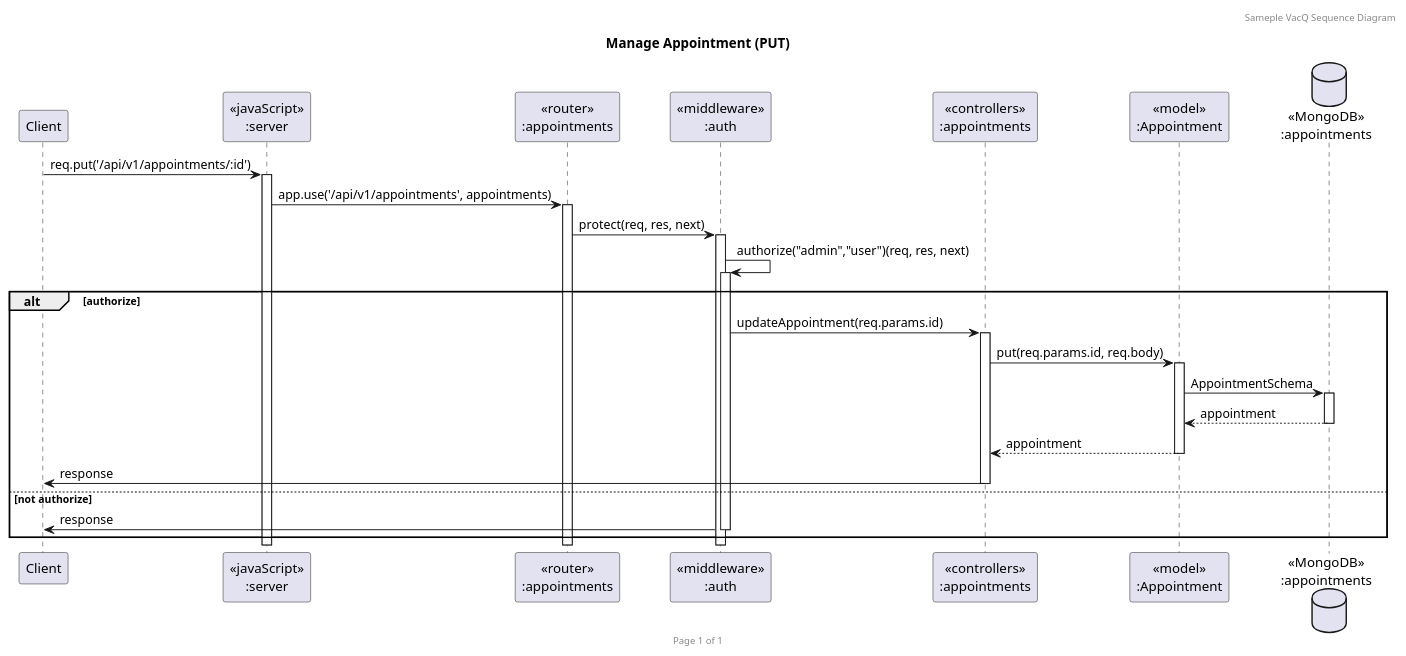
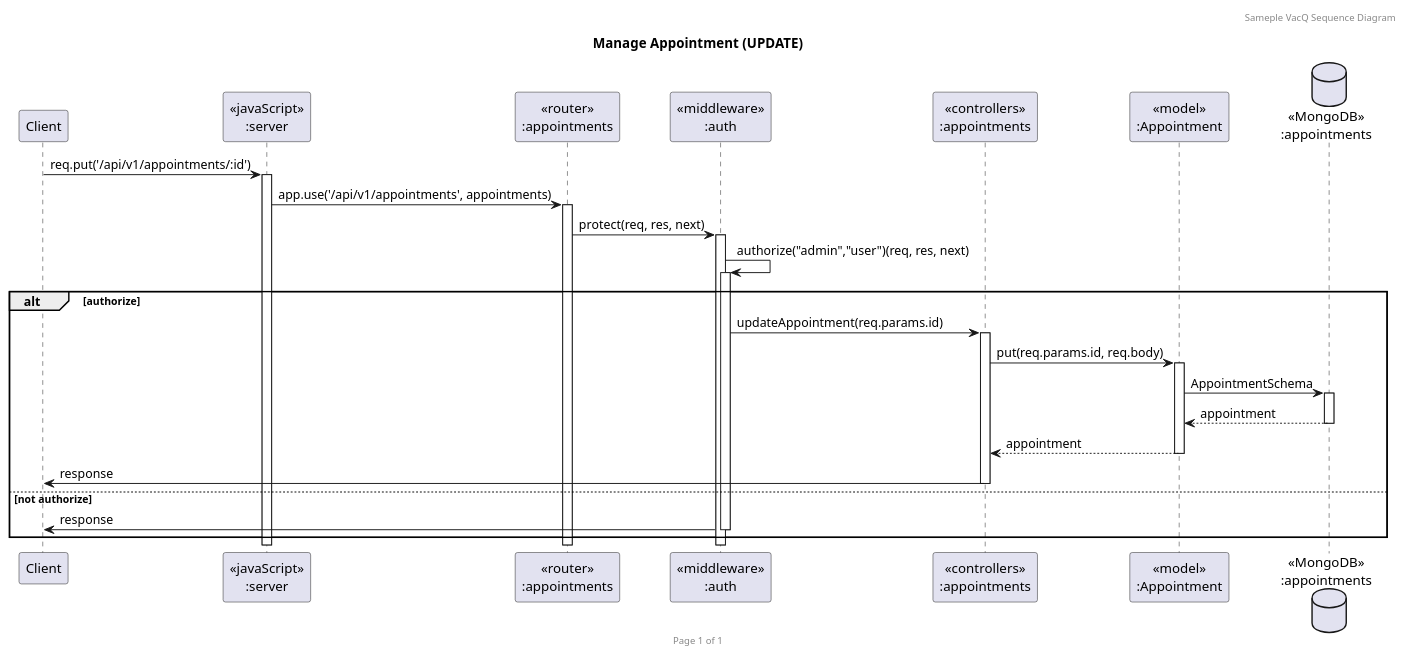
One commit to punyaphatsura/SW-Dev-I-Project-Backend changed the diagram in sequence_diagram/appointments/put.puml. Above: the diagram before and after it, drawn with PlantUML. The commit also changed 4 other files, not shown here.

Commit message:
docs: :sparkles: Update Diagram

```diff
--- a/sequence_diagram/appointments/put.puml
+++ b/sequence_diagram/appointments/put.puml
@@ -1,31 +1,31 @@
 @startuml ManageAppointmentPut
 
 header Sameple VacQ Sequence Diagram
 footer Page %page% of %lastpage%
-title "Manage Appointment (PUT)"
+title "Manage Appointment (UPDATE)"
 
 participant "Client" as client
 participant "<<javaScript>>\n:server" as server
 participant "<<router>>\n:appointments" as routerAppointments
 participant "<<middleware>>\n:auth" as middleware
 participant "<<controllers>>\n:appointments" as controllersAppointments
 participant "<<model>>\n:Appointment" as modelAppointment
 database "<<MongoDB>>\n:appointments" as AppointmentsDatabase
 
 client->server ++:req.put('/api/v1/appointments/:id')
 server->routerAppointments ++:app.use('/api/v1/appointments', appointments)
 routerAppointments->middleware ++:protect(req, res, next)
 middleware->middleware ++:authorize("admin","user")(req, res, next)
 
 alt authorize
     middleware->controllersAppointments ++:updateAppointment(req.params.id)
     controllersAppointments->modelAppointment ++:put(req.params.id, req.body)
     modelAppointment ->AppointmentsDatabase ++: AppointmentSchema
     AppointmentsDatabase --> modelAppointment --: appointment
     controllersAppointments <-- modelAppointment --:appointment
     controllersAppointments->client --:response
 else not authorize
     middleware->client --:response
 end
  
 @enduml
```
